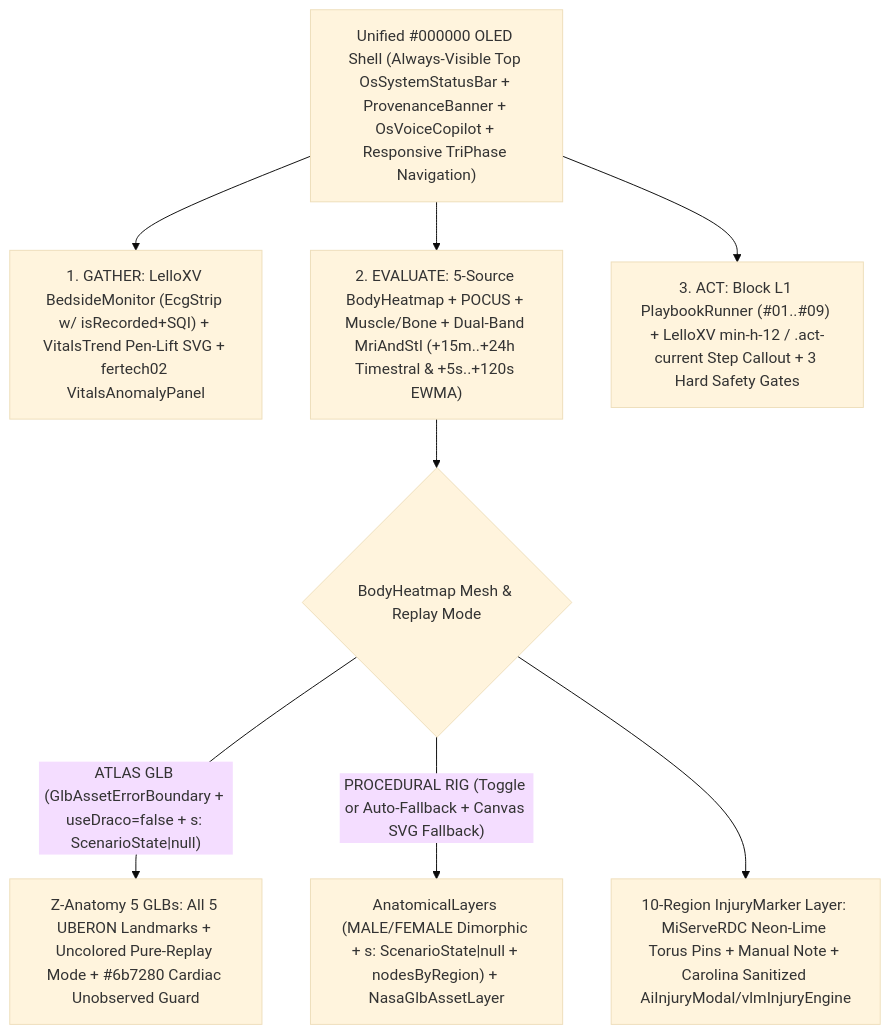
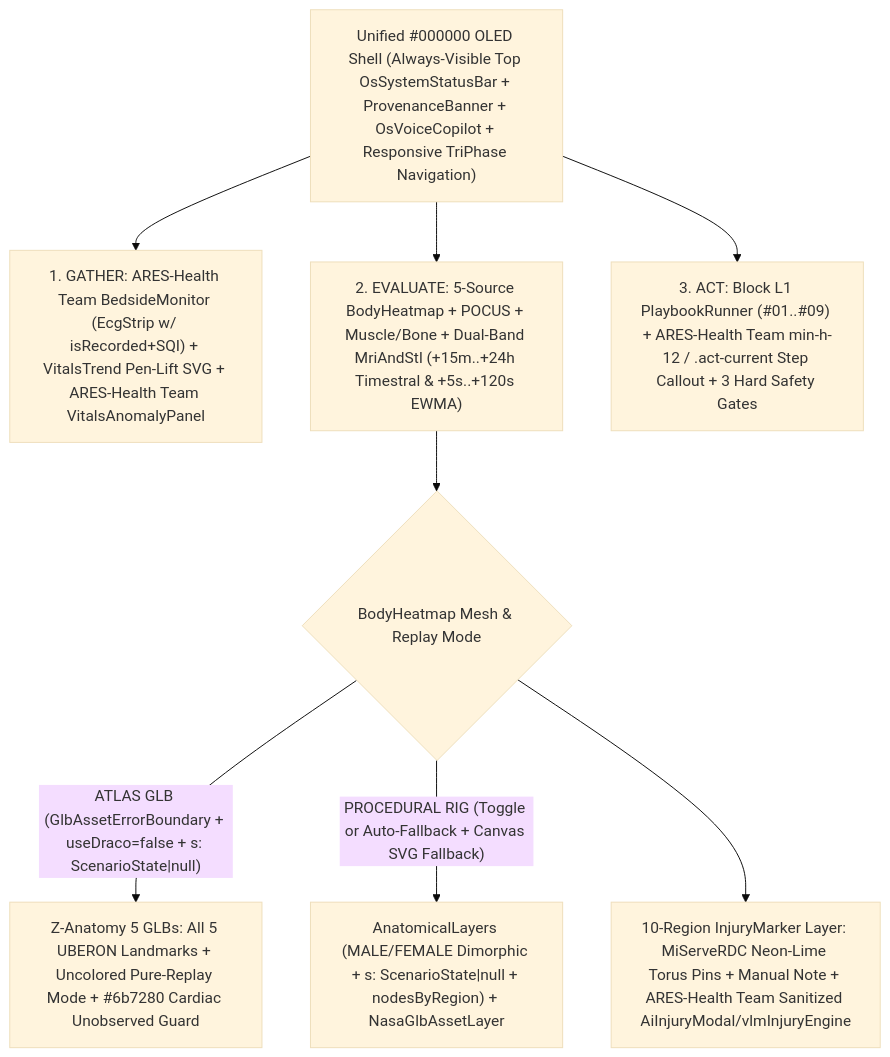
The third of 3 diagrams in docs/plans/BLOCK_M_MULTI_BRANCH_MERGE_EVALUATION_AND_PATCH_PLAN.md (MiServeRDC/nasa-space-apps-2026), drawn with Mermaid (base theme) before and after one commit. The commit also changed other lines of this file and 69 other files, not shown here.

````diff
--- a/docs/plans/BLOCK_M_MULTI_BRANCH_MERGE_EVALUATION_AND_PATCH_PLAN.md
+++ b/docs/plans/BLOCK_M_MULTI_BRANCH_MERGE_EVALUATION_AND_PATCH_PLAN.md
@@ -172,10 +172,10 @@
 ```mermaid
 flowchart TD
-  SHELL["Unified #000000 OLED Shell (Always-Visible Top OsSystemStatusBar + ProvenanceBanner + OsVoiceCopilot + Responsive TriPhase Navigation)"] --> G["1. GATHER: LelloXV BedsideMonitor (EcgStrip w/ isRecorded+SQI) + VitalsTrend Pen-Lift SVG + fertech02 VitalsAnomalyPanel"]
+  SHELL["Unified #000000 OLED Shell (Always-Visible Top OsSystemStatusBar + ProvenanceBanner + OsVoiceCopilot + Responsive TriPhase Navigation)"] --> G["1. GATHER: ARES-Health Team BedsideMonitor (EcgStrip w/ isRecorded+SQI) + VitalsTrend Pen-Lift SVG + ARES-Health Team VitalsAnomalyPanel"]
   SHELL --> E["2. EVALUATE: 5-Source BodyHeatmap + POCUS + Muscle/Bone + Dual-Band MriAndStl (+15m..+24h Timestral & +5s..+120s EWMA)"]
-  SHELL --> A["3. ACT: Block L1 PlaybookRunner (#01..#09) + LelloXV min-h-12 / .act-current Step Callout + 3 Hard Safety Gates"]
+  SHELL --> A["3. ACT: Block L1 PlaybookRunner (#01..#09) + ARES-Health Team min-h-12 / .act-current Step Callout + 3 Hard Safety Gates"]
   E --> BHM{"BodyHeatmap Mesh & Replay Mode"}
   BHM -- "ATLAS GLB (GlbAssetErrorBoundary + useDraco=false + s: ScenarioState|null)" --> ATLAS["Z-Anatomy 5 GLBs: All 5 UBERON Landmarks + Uncolored Pure-Replay Mode + #6b7280 Cardiac Unobserved Guard"]
   BHM -- "PROCEDURAL RIG (Toggle or Auto-Fallback + Canvas SVG Fallback)" --> PROC["AnatomicalLayers (MALE/FEMALE Dimorphic + s: ScenarioState|null + nodesByRegion) + NasaGlbAssetLayer"]
-  BHM --> INJ["10-Region InjuryMarker Layer: MiServeRDC Neon-Lime Torus Pins + Manual Note + Carolina Sanitized AiInjuryModal/vlmInjuryEngine"]
+  BHM --> INJ["10-Region InjuryMarker Layer: MiServeRDC Neon-Lime Torus Pins + Manual Note + ARES-Health Team Sanitized AiInjuryModal/vlmInjuryEngine"]
 ```
````
